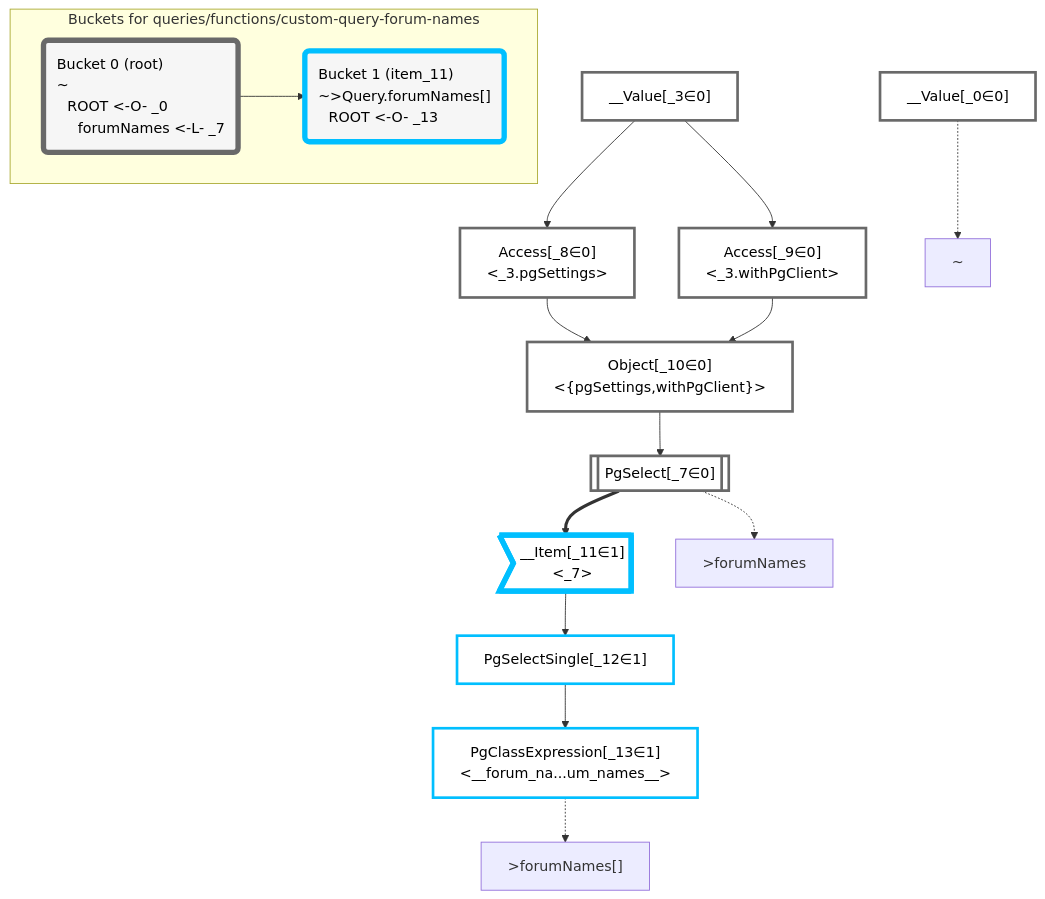
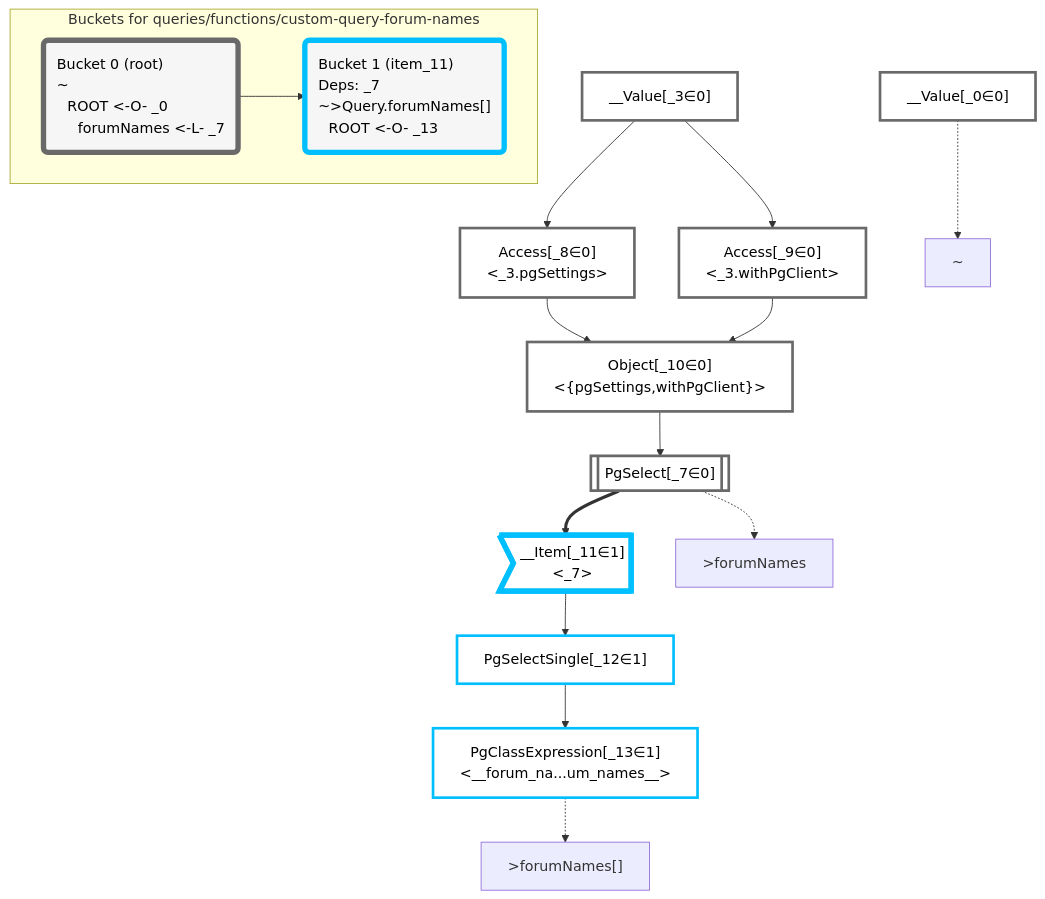
The diagram in packages/dataplan-pg/__tests__/queries/functions/custom-query-forum-names.deopt.mermaid.md (graphile/crystal), drawn with Mermaid before and after one commit. The commit also changed 157 other files, not shown here.

Commit message:
Add deps to all query snapshots

````diff
--- a/packages/dataplan-pg/__tests__/queries/functions/custom-query-forum-names.deopt.mermaid.md
+++ b/packages/dataplan-pg/__tests__/queries/functions/custom-query-forum-names.deopt.mermaid.md
@@ -1,52 +1,52 @@
 ```mermaid
 graph TD
     classDef path fill:#eee,stroke:#000,color:#000
     classDef plan fill:#fff,stroke-width:3px,color:#000
     classDef itemplan fill:#fff,stroke-width:6px,color:#000
     classDef sideeffectplan fill:#f00,stroke-width:6px,color:#000
     classDef bucket fill:#f6f6f6,color:#000,stroke-width:6px,text-align:left
 
 
     %% define plans
     __Value_0["__Value[_0∈0]"]:::plan
     __Value_3["__Value[_3∈0]<br /><context>"]:::plan
     PgSelect_7[["PgSelect[_7∈0]<br /><forum_names>"]]:::plan
     Access_8["Access[_8∈0]<br /><_3.pgSettings>"]:::plan
     Access_9["Access[_9∈0]<br /><_3.withPgClient>"]:::plan
     Object_10["Object[_10∈0]<br /><{pgSettings,withPgClient}>"]:::plan
     __Item_11>"__Item[_11∈1]<br /><_7>"]:::itemplan
     PgSelectSingle_12["PgSelectSingle[_12∈1]<br /><text>"]:::plan
     PgClassExpression_13["PgClassExpression[_13∈1]<br /><__forum_na...um_names__>"]:::plan
 
     %% plan dependencies
     Object_10 --> PgSelect_7
     __Value_3 --> Access_8
     __Value_3 --> Access_9
     Access_8 --> Object_10
     Access_9 --> Object_10
     PgSelect_7 ==> __Item_11
     __Item_11 --> PgSelectSingle_12
     PgSelectSingle_12 --> PgClassExpression_13
 
     %% plan-to-path relationships
     P_0["~"]
     __Value_0 -.-> P_0
     P_7[">forumNames"]
     PgSelect_7 -.-> P_7
     P_13[">forumNames[]"]
     PgClassExpression_13 -.-> P_13
 
     %% allocate buckets
     classDef bucket0 stroke:#696969
     class __Value_0,__Value_3,PgSelect_7,Access_8,Access_9,Object_10 bucket0
     classDef bucket1 stroke:#00bfff
     class __Item_11,PgSelectSingle_12,PgClassExpression_13 bucket1
 
     subgraph "Buckets for queries/functions/custom-query-forum-names"
     Bucket0("Bucket 0 (root)<br />~<br />⠀ROOT <-O- _0<br />⠀⠀forumNames <-L- _7"):::bucket
     style Bucket0 stroke:#696969
-    Bucket1("Bucket 1 (item_11)<br />~>Query.forumNames[]<br />⠀ROOT <-O- _13"):::bucket
+    Bucket1("Bucket 1 (item_11)<br />Deps: _7<br />~>Query.forumNames[]<br />⠀ROOT <-O- _13"):::bucket
     style Bucket1 stroke:#00bfff
     Bucket0 --> Bucket1
     end
 ```
````
